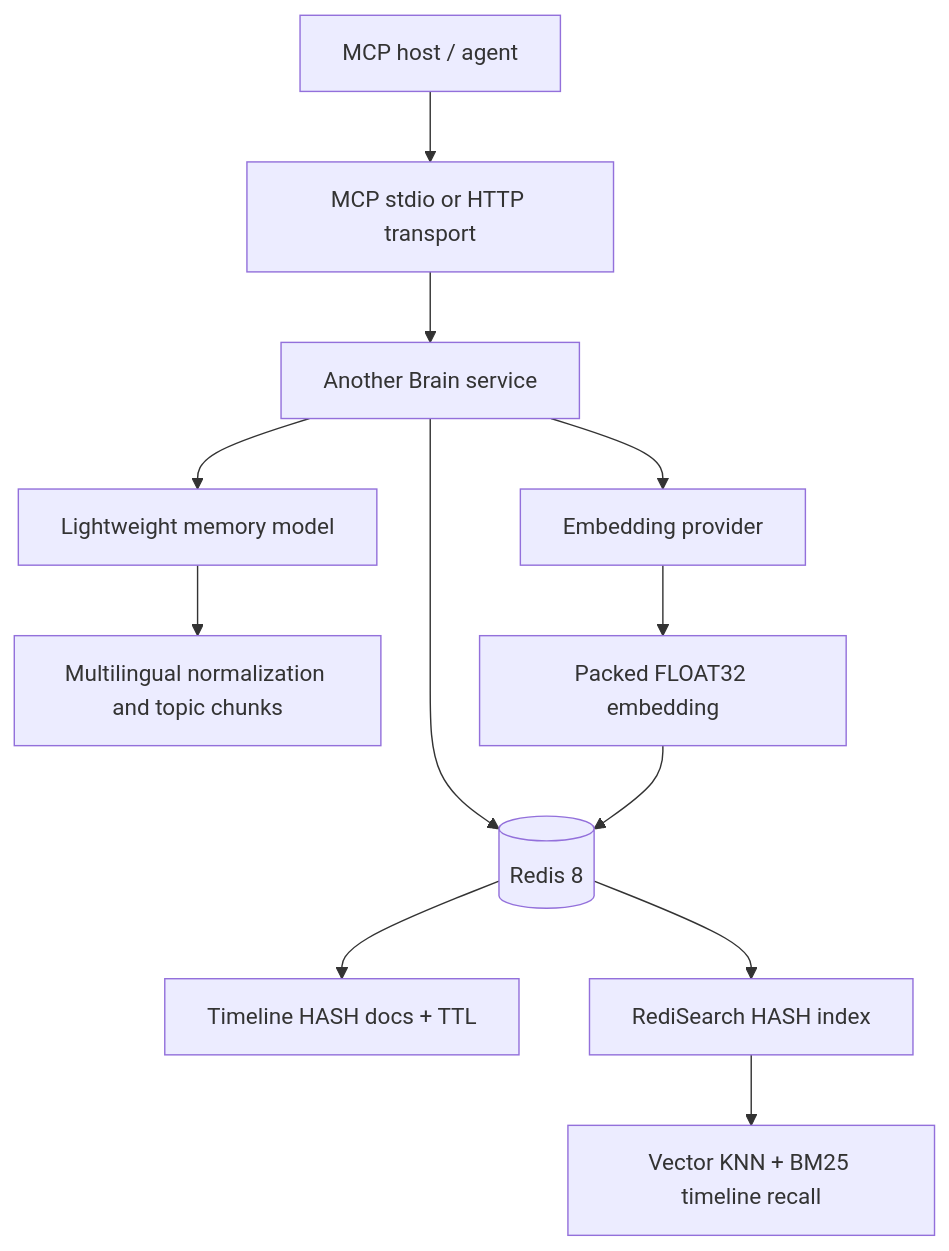
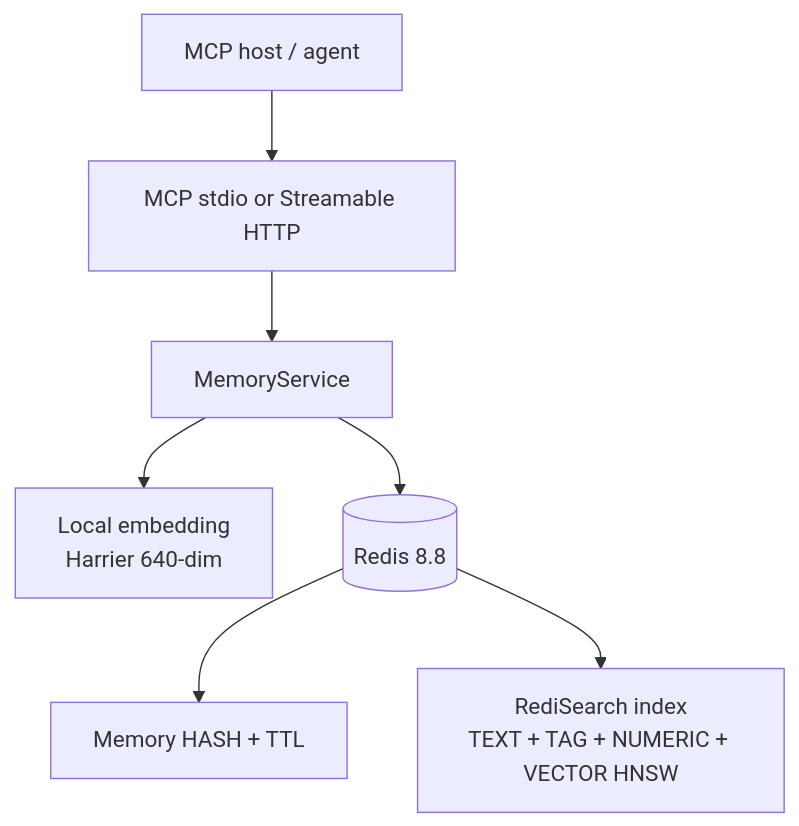
One commit to Flowerf19/another-brain changed the diagram in README.md. Above: the diagram before and after it, drawn with Mermaid. The commit also changed other lines of this file and 17 other files, not shown here.

First line of the commit message:
Refactor Another Brain architecture and tools

````diff
--- a/README.md
+++ b/README.md
@@ -48,15 +36,9 @@
 ```mermaid
 flowchart TD
-    Host[MCP host / agent] --> Adapter[MCP stdio or HTTP transport]
-    Adapter --> Service[Another Brain service]
-    Service --> MemoryModel[Lightweight memory model]
-    Service --> Embeddings[Embedding provider]
-    Service --> Redis[(Redis 8)]
-
-    MemoryModel --> Normalize[Multilingual normalization and topic chunks]
-    Embeddings --> Packed[Packed FLOAT32 embedding]
-    Packed --> Redis
-    Redis --> Hash[Timeline HASH docs + TTL]
-    Redis --> Index[RediSearch HASH index]
-    Index --> Recall[Vector KNN + BM25 timeline recall]
+    Host[MCP host / agent] --> Transport[MCP stdio or Streamable HTTP]
+    Transport --> Service[MemoryService]
+    Service --> Embed[Local embedding<br/>Harrier 640-dim]
+    Service --> Redis[(Redis 8.8)]
+    Redis --> Hash[Memory HASH + TTL]
+    Redis --> Index[RediSearch index<br/>TEXT + TAG + NUMERIC + VECTOR HNSW]
 ```
````
